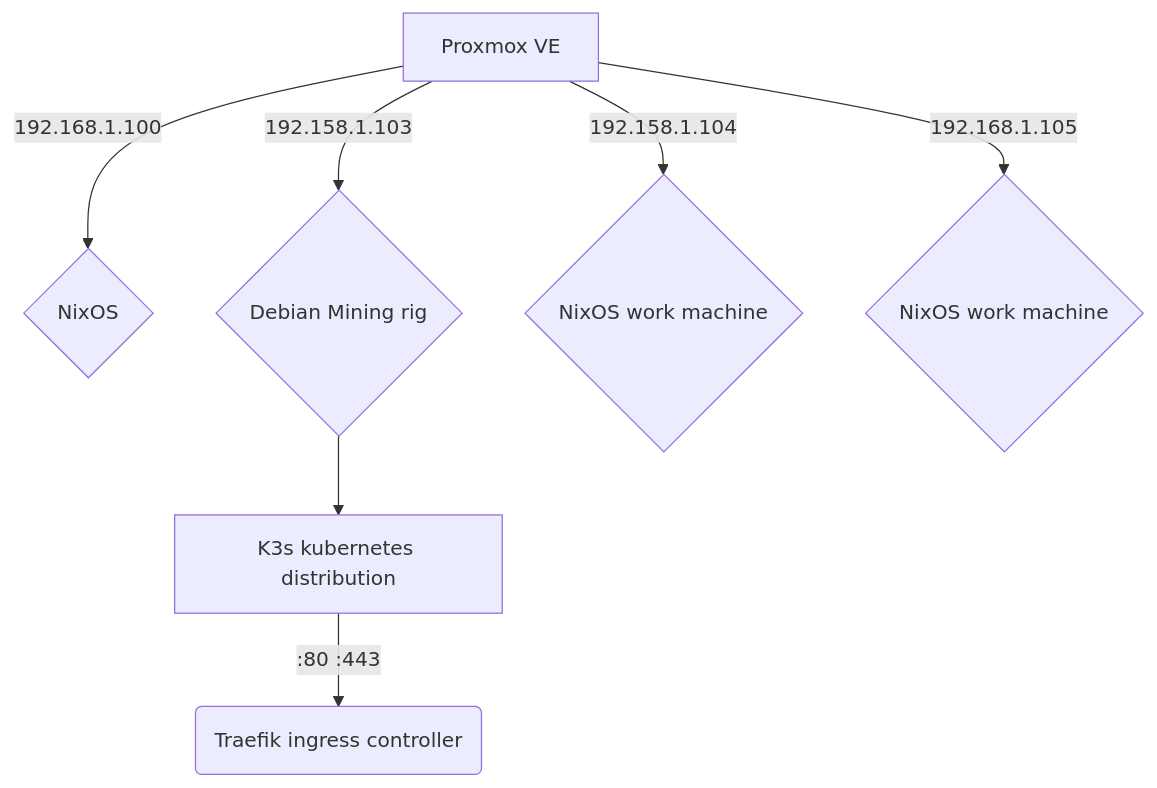
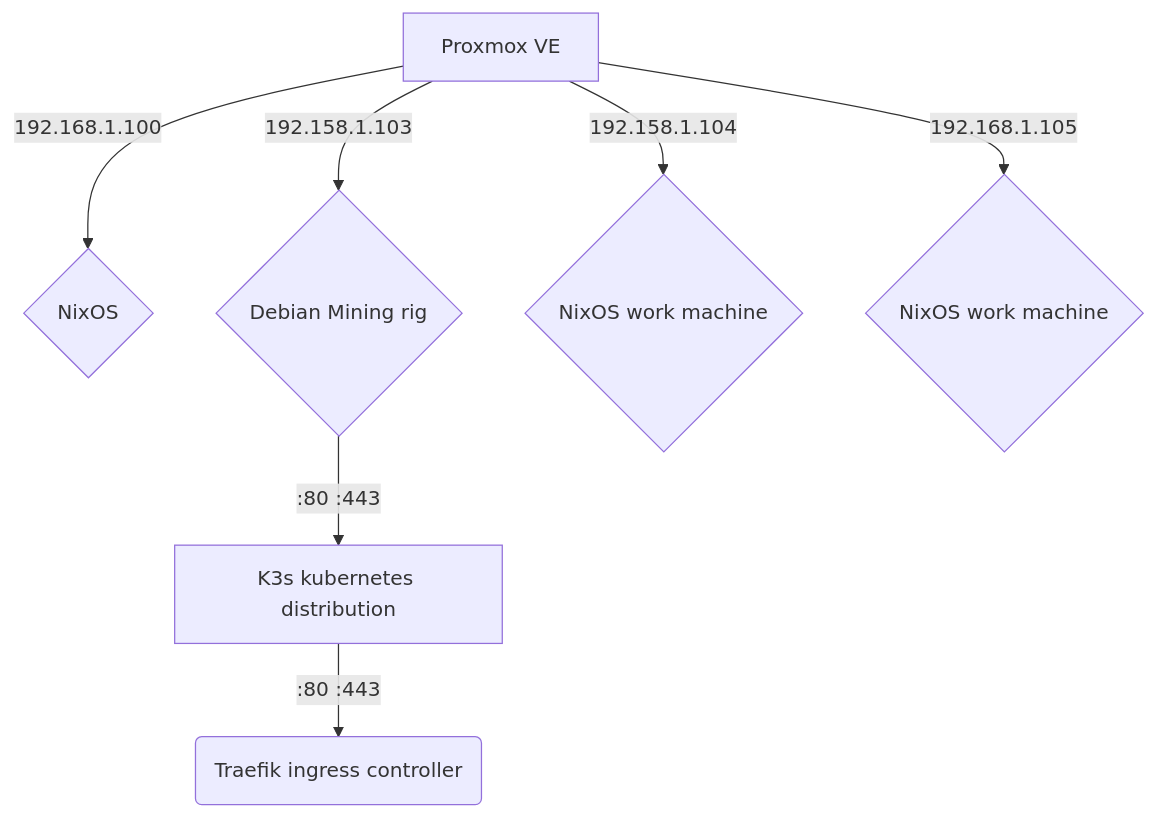
Before and after one commit to portothree/dotfiles: the diagram in homelab/README.md, drawn with Mermaid.

````diff
--- a/homelab/README.md
+++ b/homelab/README.md
@@ -3,9 +3,9 @@
 ```mermaid
 flowchart TD
 	A[Proxmox VE] -->|192.168.1.100| 100{NixOS};
 	A -->|192.158.1.103| 102{Debian Mining rig};
-	102 --> K3s[K3s kubernetes distribution];
+	102 -->|:80 :443| K3s[K3s kubernetes distribution];
 	K3s -->|:80 :443| Traefik(Traefik ingress controller);
 	A -->|192.158.1.104| 103{NixOS work machine};
 	A -->|192.168.1.105| 104{NixOS work machine};
 ```
````
